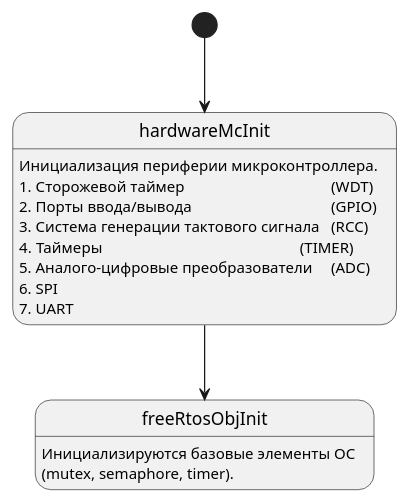
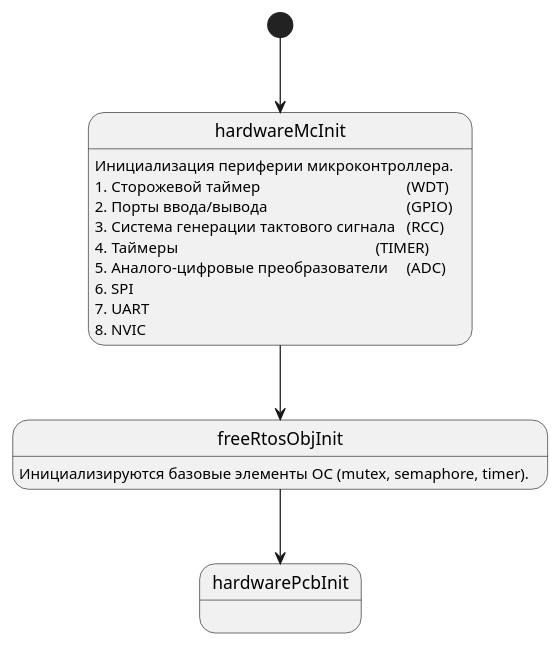
One commit to Vadimatorik/ChiptunePlayer-2.22 changed the diagram in user_code/fsm/tree/ayplayer_init_fsm.pu. Above: the diagram before and after it, drawn with PlantUML. The commit also changed 13 other files, not shown here.

```diff
--- a/user_code/fsm/tree/ayplayer_init_fsm.pu
+++ b/user_code/fsm/tree/ayplayer_init_fsm.pu
@@ -4,23 +4,29 @@
 @startuml
 
 [*] --> start
 
 state "hardwareMcInit" as start {
 start:Инициализация периферии микроконтроллера.
 start:1. Сторожевой таймер\t\t\t\t\t(WDT)
 start:2. Порты ввода/вывода\t\t\t\t\t(GPIO)
 start:3. Система генерации тактового сигнала\t(RCC)
 start:4. Таймеры\t\t\t\t\t\t\t(TIMER)
 start:5. Аналого-цифровые преобразователи\t(ADC)
 start:6. SPI
 start:7. UART
+start:8. NVIC
 }
 
 start --> s1
 
 state "freeRtosObjInit" as s1 {
-s1:Инициализируются базовые элементы ОС 
-s1:(mutex, semaphore, timer).
+s1:Инициализируются базовые элементы ОС (mutex, semaphore, timer).
+}
+
+s1 --> s2
+
+state "hardwarePcbInit" as s2 {
+s2: 
 }
 
 @enduml
```
